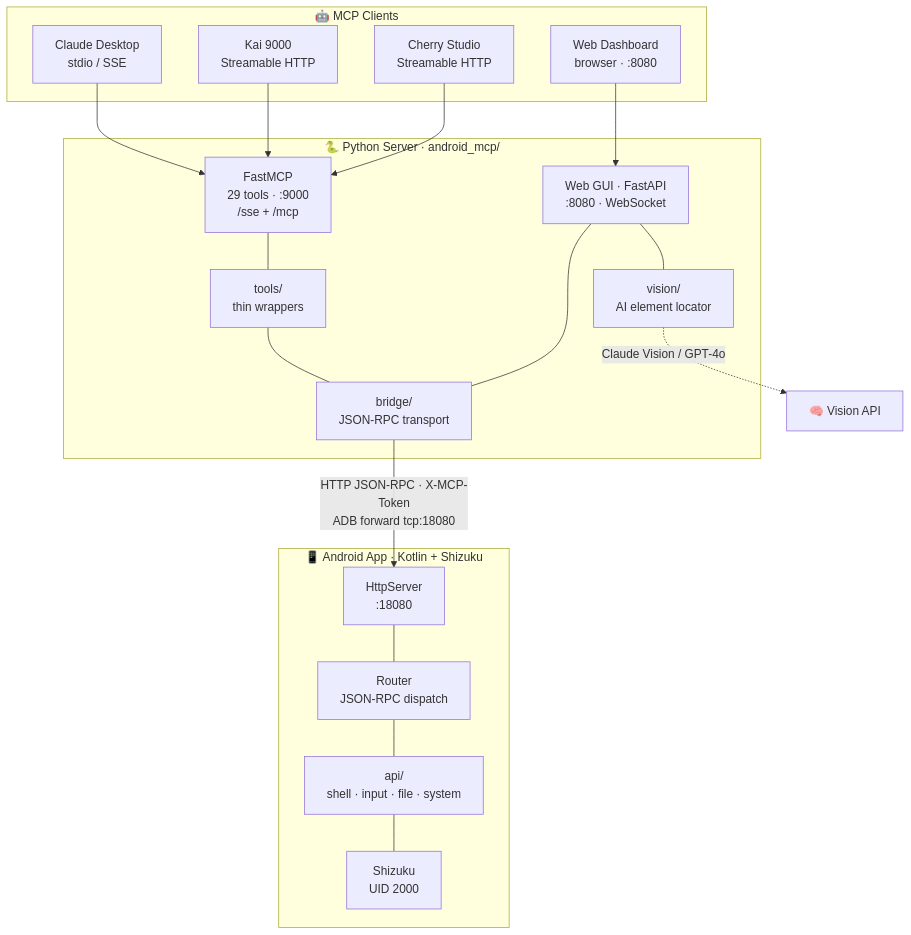
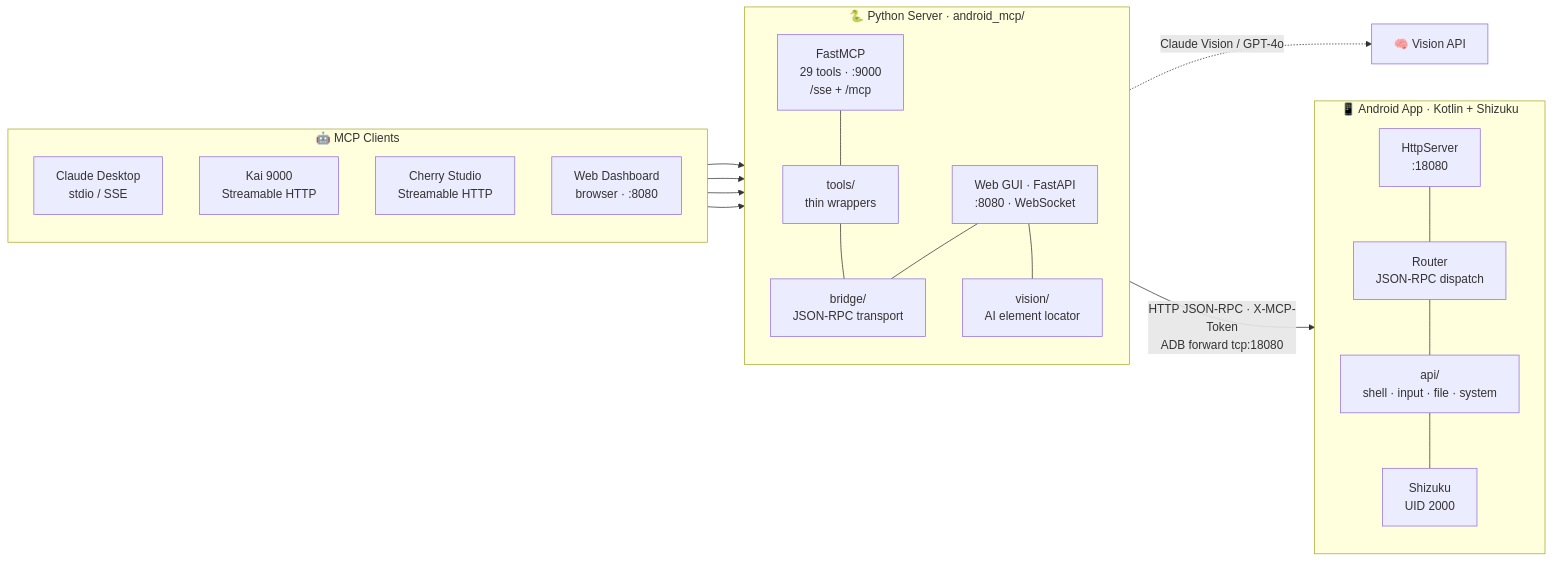
Before and after one commit to shuao-pro/android-mcp: the diagram in README.md, drawn with Mermaid. The commit also changed 1 other file, not shown here.

Commit message:
docs: switch architecture diagram to horizontal layout

````diff
--- a/README.md
+++ b/README.md
@@ -26,38 +26,41 @@
 ```mermaid
-flowchart TB
+flowchart LR
     subgraph CLIENTS["🤖 MCP Clients"]
+        direction TB
         C1["Claude Desktop<br/>stdio / SSE"]
         C2["Kai 9000<br/>Streamable HTTP"]
         C3["Cherry Studio<br/>Streamable HTTP"]
         C4["Web Dashboard<br/>browser · :8080"]
     end
 
     subgraph SERVER["🐍 Python Server · android_mcp/"]
+        direction TB
         S1["FastMCP<br/>29 tools · :9000<br/>/sse + /mcp"]
         S2["Web GUI · FastAPI<br/>:8080 · WebSocket"]
         S3["tools/<br/>thin wrappers"]
         S4["bridge/<br/>JSON-RPC transport"]
         S5["vision/<br/>AI element locator"]
         S1 --- S3
         S3 --- S4
         S2 --- S4
         S2 --- S5
     end
 
     subgraph PHONE["📱 Android App · Kotlin + Shizuku"]
+        direction TB
         P1["HttpServer<br/>:18080"]
         P2["Router<br/>JSON-RPC dispatch"]
         P3["api/<br/>shell · input · file · system"]
         P4["Shizuku<br/>UID 2000"]
         P1 --- P2
         P2 --- P3
         P3 --- P4
     end
 
     C1 --> S1
     C2 --> S1
     C3 --> S1
     C4 --> S2
     S4 -->|"HTTP JSON-RPC · X-MCP-Token<br/>ADB forward tcp:18080"| P1
     S5 -.->|"Claude Vision / GPT-4o"| V["🧠 Vision API"]
 ```
````
